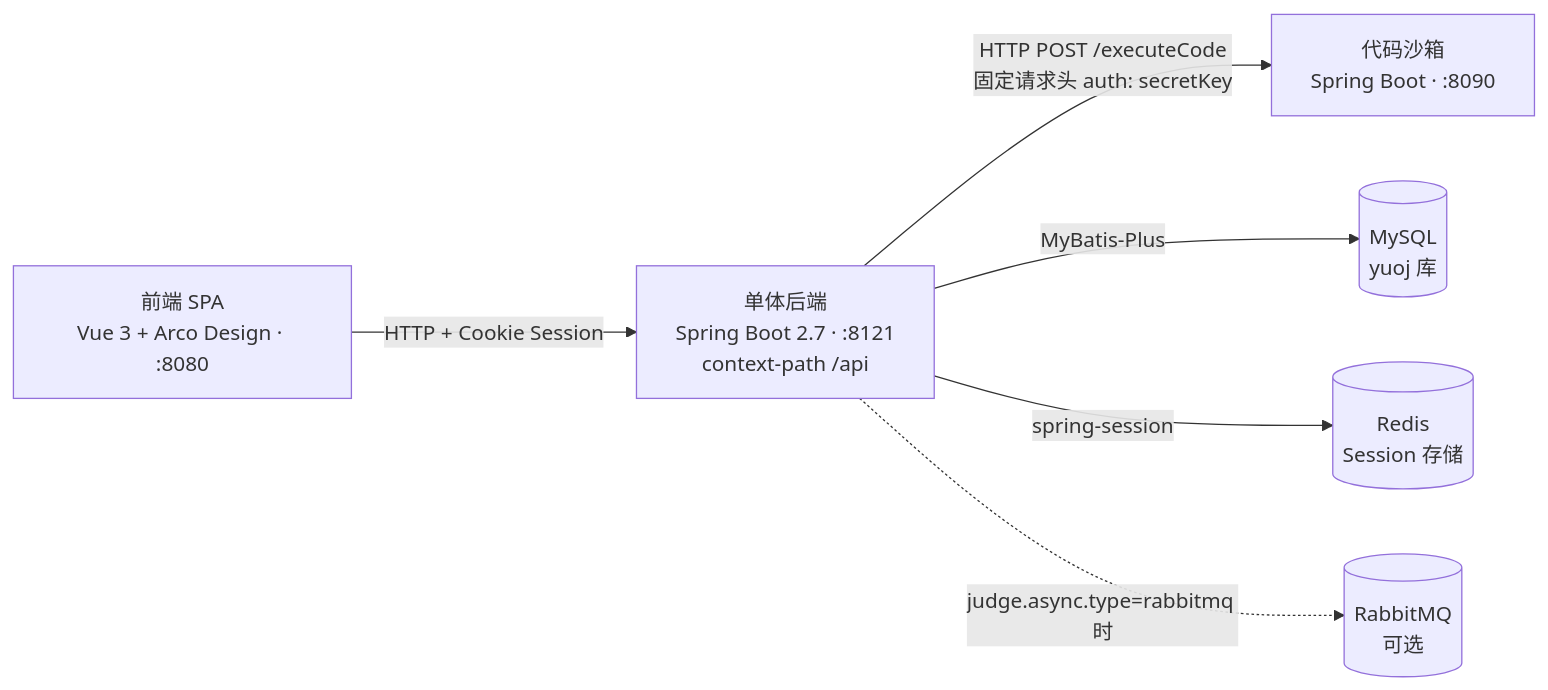
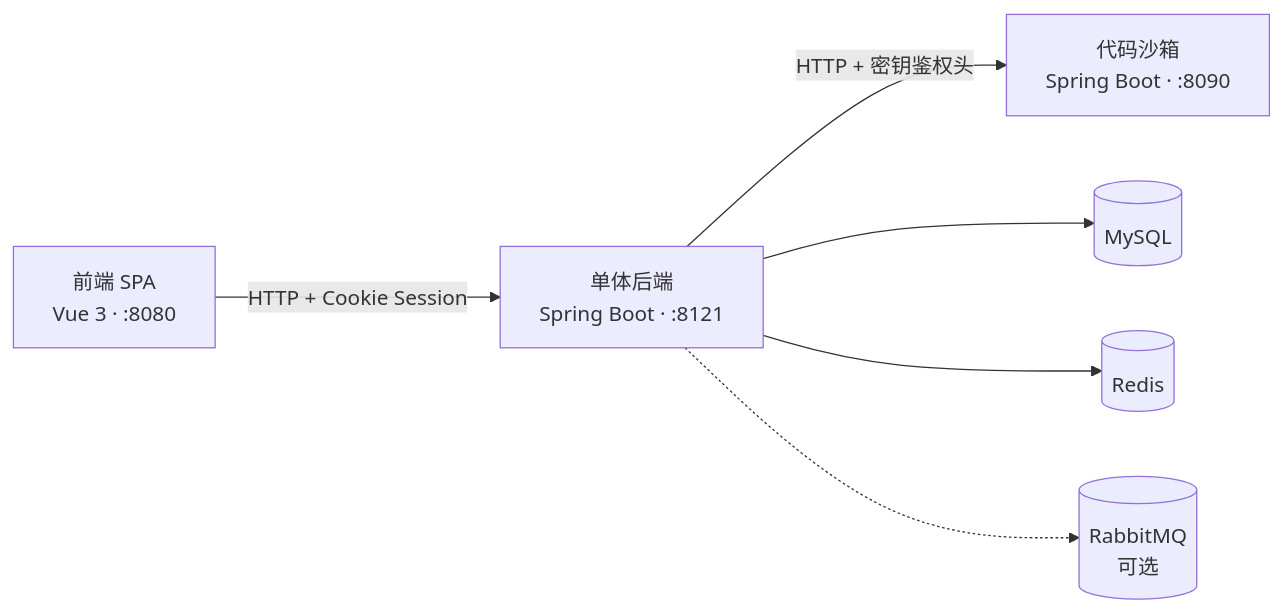
The diagram in README.md (is-shanxi/shanxi-OJ), drawn with Mermaid before and after one commit. The commit also changed other lines of this file and 2 other files, not shown here.

Commit message:
docs: 重写 README——项目介绍式结构，补充技术栈、核心模块与效果展示截图

````diff
--- a/README.md
+++ b/README.md
@@ -22,15 +53,15 @@
 ```mermaid
 flowchart LR
-    FE["前端 SPA<br/>Vue 3 + Arco Design · :8080"]
-    BE["单体后端<br/>Spring Boot 2.7 · :8121<br/>context-path /api"]
+    FE["前端 SPA<br/>Vue 3 · :8080"]
+    BE["单体后端<br/>Spring Boot · :8121"]
     SB["代码沙箱<br/>Spring Boot · :8090"]
-    MYSQL[("MySQL<br/>yuoj 库")]
-    REDIS[("Redis<br/>Session 存储")]
+    MYSQL[("MySQL")]
+    REDIS[("Redis")]
     MQ[("RabbitMQ<br/>可选")]
 
     FE -- "HTTP + Cookie Session" --> BE
-    BE -- "HTTP POST /executeCode<br/>固定请求头 auth: secretKey" --> SB
-    BE -- "MyBatis-Plus" --> MYSQL
-    BE -- "spring-session" --> REDIS
-    BE -. "judge.async.type=rabbitmq 时" .-> MQ
+    BE -- "HTTP + 密钥鉴权头" --> SB
+    BE --> MYSQL
+    BE --> REDIS
+    BE -.-> MQ
 ```
````
